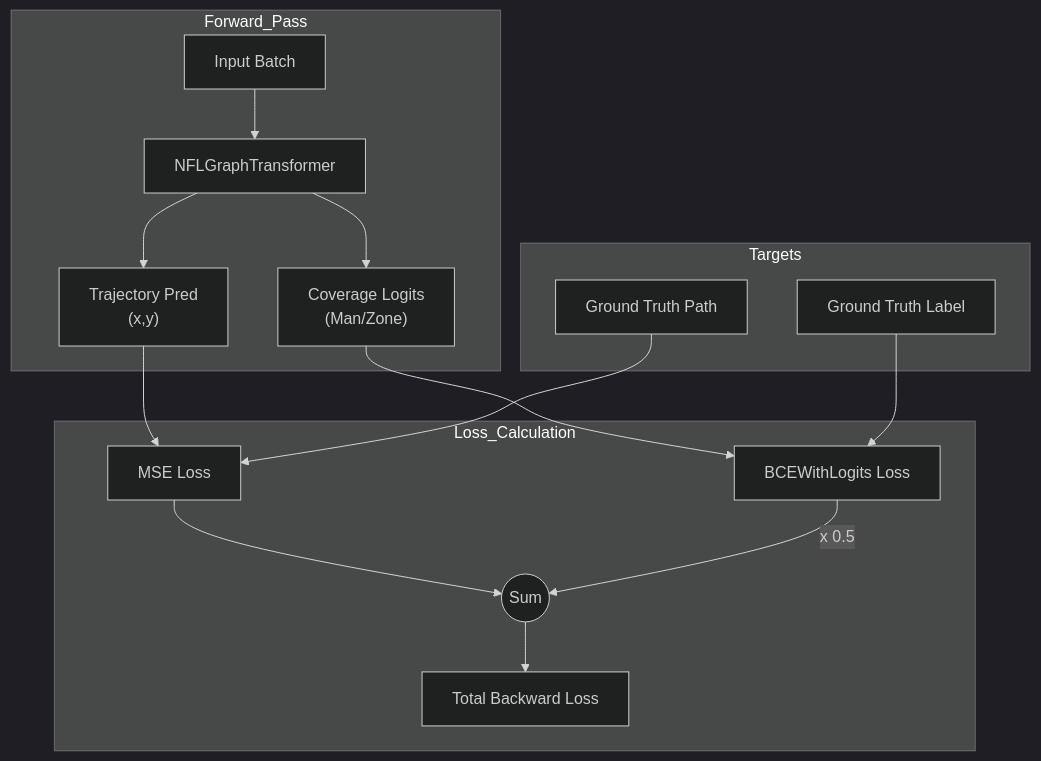
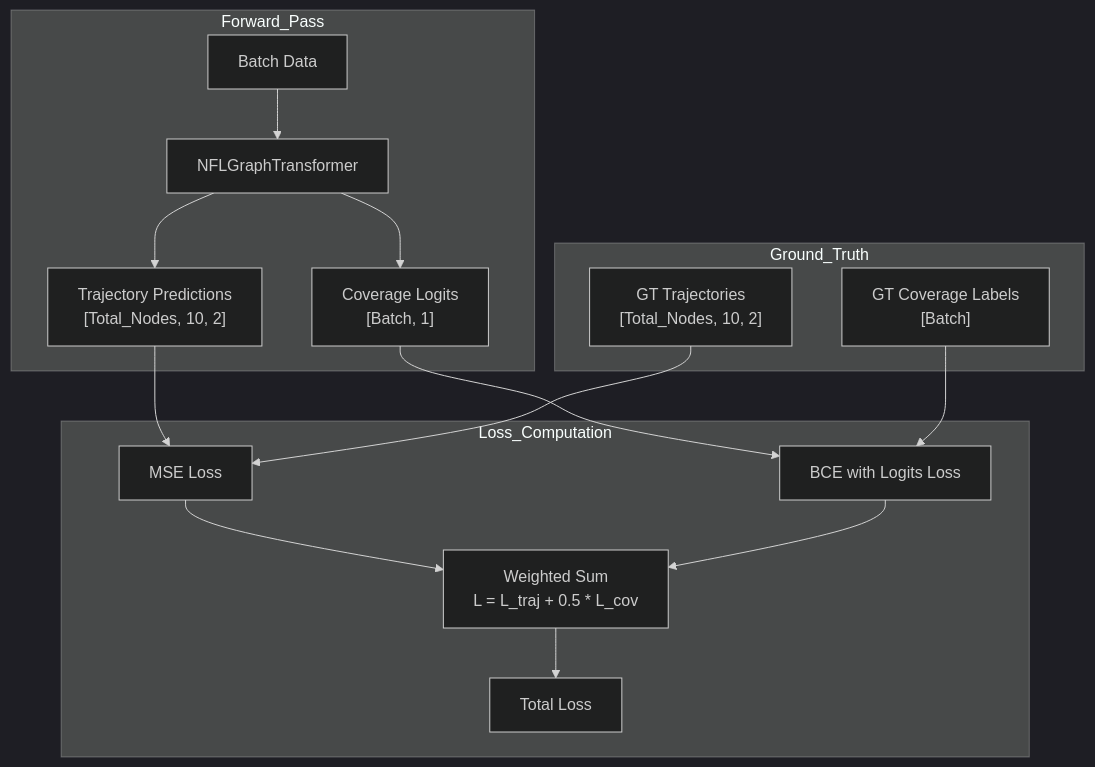
The fourth of 5 diagrams in docs/architecture.md (tanm-sys/NFL), drawn with Mermaid (dark theme) before and after one commit. The commit also changed other lines of this file and 9 other files, not shown here.

````diff
--- a/docs/architecture.md
+++ b/docs/architecture.md
@@ -79,22 +153,25 @@
 ```mermaid
 graph TD
     subgraph Forward_Pass
-    Batch[Input Batch] --> Model[NFLGraphTransformer]
-    Model --> PredTraj["Trajectory Pred<br/>(x,y)"]
-    Model --> PredCov["Coverage Logits<br/>(Man/Zone)"]
+        Input[Batch Data] --> Model[NFLGraphTransformer]
+        Model --> TrajPred["Trajectory Predictions<br/>[Total_Nodes, 10, 2]"]
+        Model --> CovPred["Coverage Logits<br/>[Batch, 1]"]
     end
-
-    subgraph Targets
-    GT_Traj[Ground Truth Path]
-    GT_Cov[Ground Truth Label]
+    
+    subgraph Ground_Truth
+        GTTraj["GT Trajectories<br/>[Total_Nodes, 10, 2]"]
+        GTCov["GT Coverage Labels<br/>[Batch]"]
     end
-
-    subgraph Loss_Calculation
-    PredTraj & GT_Traj --> MSE[MSE Loss]
-    PredCov & GT_Cov --> BCE[BCEWithLogits Loss]
     
-    MSE --> WeightedSum(("Sum"))
-    BCE -- "x 0.5" --> WeightedSum
-    WeightedSum --> TotalLoss["Total Backward Loss"]
+    subgraph Loss_Computation
+        TrajPred --> MSE["MSE Loss"]
+        GTTraj --> MSE
+        
+        CovPred --> BCE["BCE with Logits Loss"]
+        GTCov --> BCE
+        
+        MSE --> Weighted["Weighted Sum<br/>L = L_traj + 0.5 * L_cov"]
+        BCE --> Weighted
+        Weighted --> TotalLoss["Total Loss"]
     end
 ```
````
